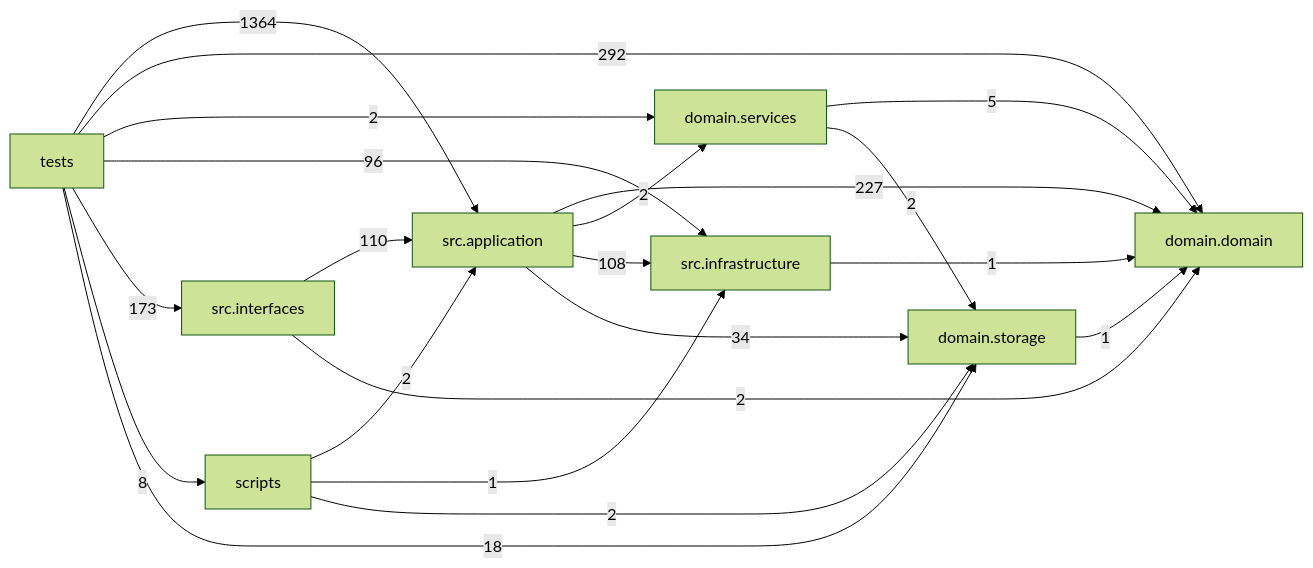
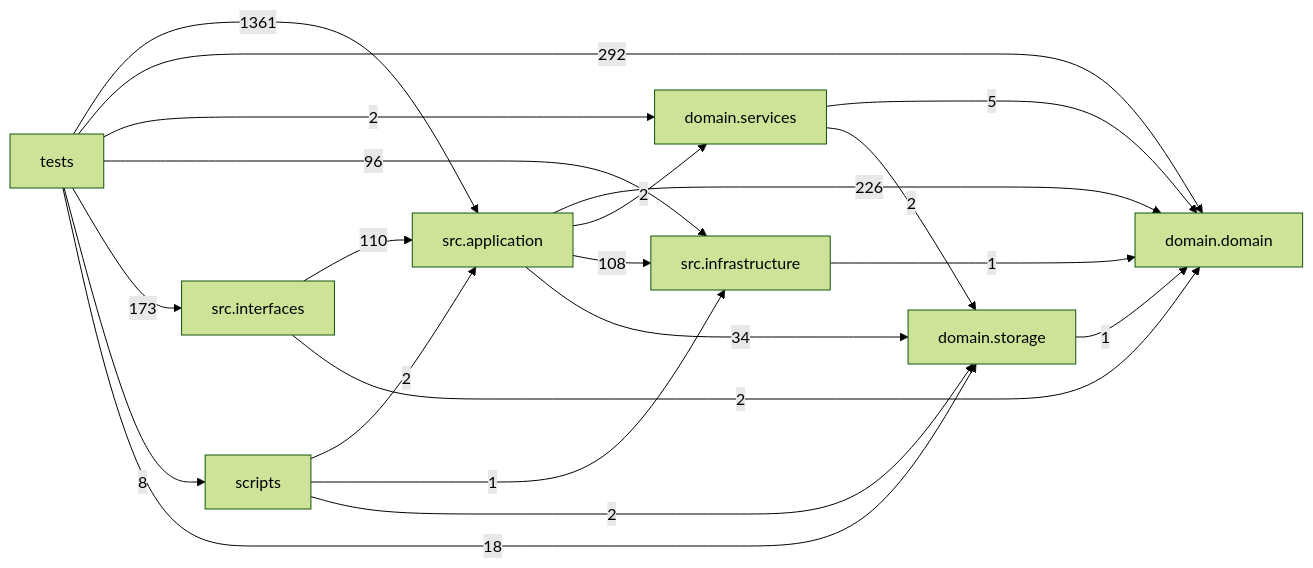
Before and after one commit to liuxie066/options-monitor: the diagram in docs/DEPENDENCY_GRAPH.md, drawn with Mermaid (forest theme). The commit also changed other lines of this file and 34 other files, not shown here.

````diff
--- a/docs/DEPENDENCY_GRAPH.md
+++ b/docs/DEPENDENCY_GRAPH.md
@@ -24,31 +24,31 @@
 ```mermaid
 flowchart LR
   tests["tests"]
   scripts["scripts"]
   interfaces["src.interfaces"]
   application["src.application"]
   infrastructure["src.infrastructure"]
   domain_services["domain.services"]
   domain["domain.domain"]
   storage["domain.storage"]
-  application -->|227| domain
+  application -->|226| domain
   application -->|2| domain_services
   application -->|108| infrastructure
   application -->|34| storage
   domain_services -->|5| domain
   domain_services -->|2| storage
   infrastructure -->|1| domain
   interfaces -->|110| application
   interfaces -->|2| domain
   scripts -->|2| application
   scripts -->|1| infrastructure
   scripts -->|2| storage
   storage -->|1| domain
-  tests -->|1364| application
+  tests -->|1361| application
   tests -->|292| domain
   tests -->|2| domain_services
   tests -->|96| infrastructure
   tests -->|173| interfaces
   tests -->|8| scripts
   tests -->|18| storage
 ```
````
